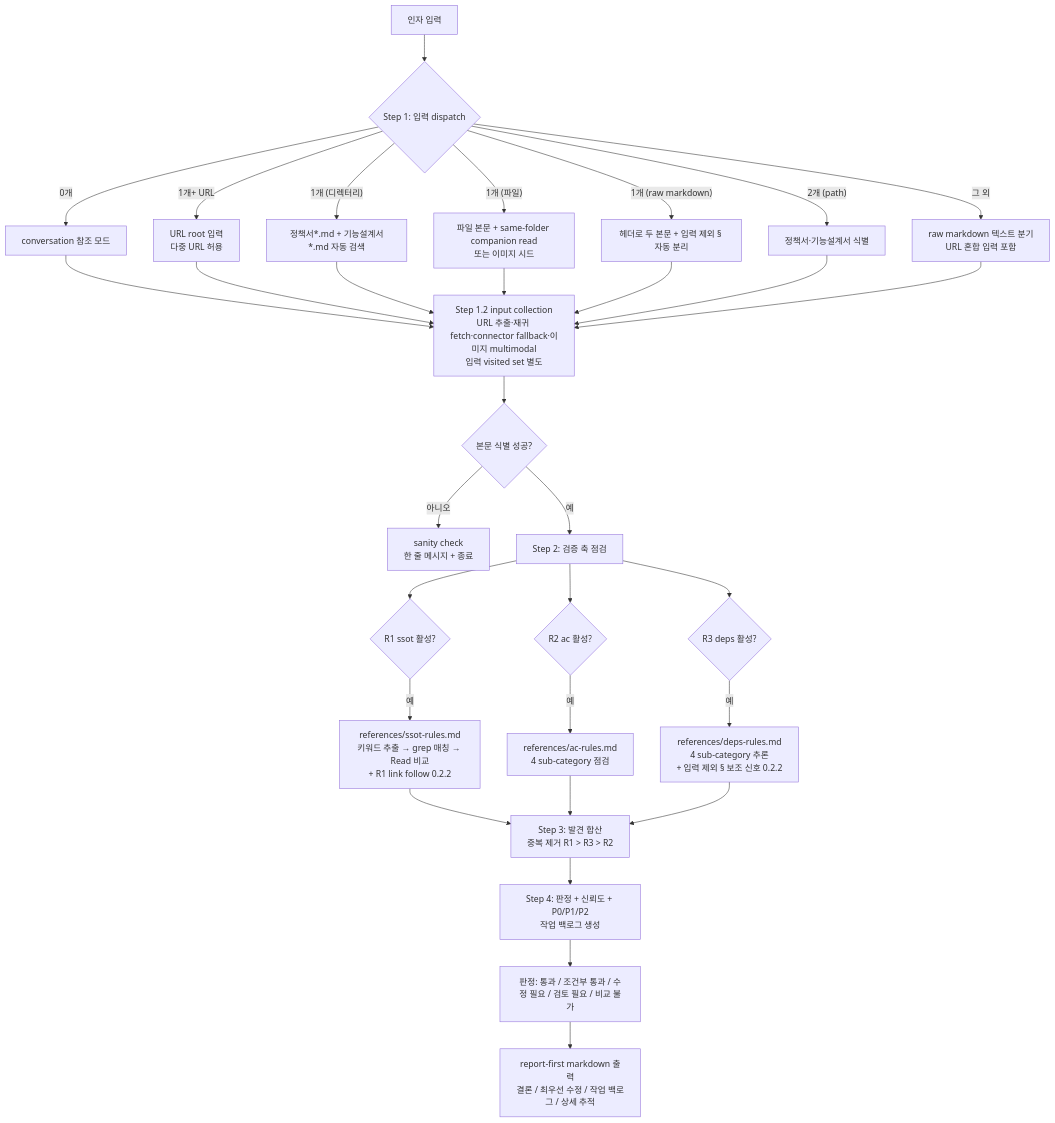
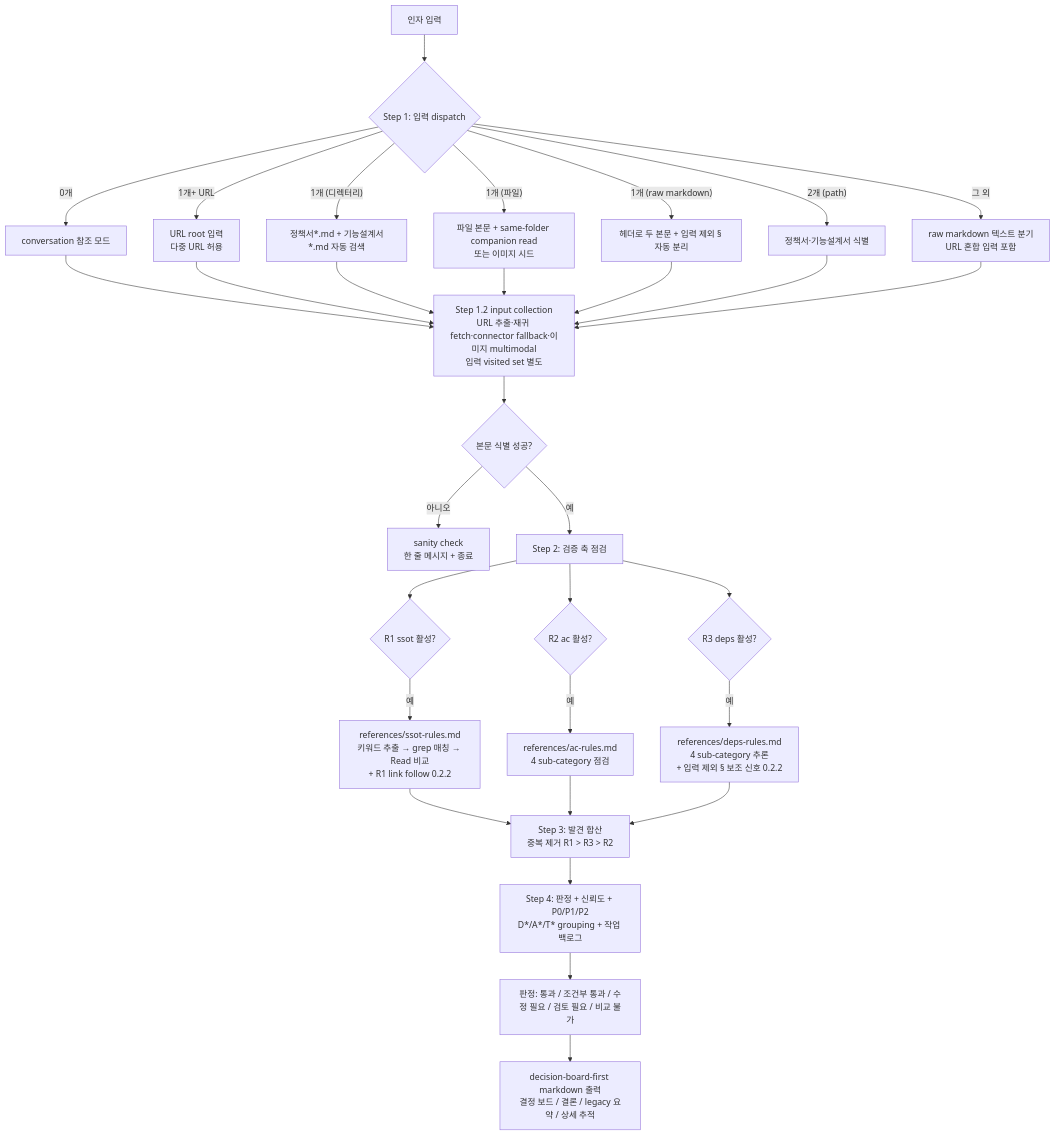
One commit to inkwonjung-colosseum/plugins changed the first of 8 diagrams in planning-kit/docs/planning-review-workflow.md. Above: the diagram before and after it, drawn with Mermaid. The commit also changed other lines of this file and 33 other files, not shown here.

````diff
--- a/planning-kit/docs/planning-review-workflow.md
+++ b/planning-kit/docs/planning-review-workflow.md
@@ -9,39 +9,39 @@
 ```mermaid
 flowchart TD
   A[인자 입력] --> B{Step 1: 입력 dispatch}
   B -->|0개| BC[conversation 참조 모드]
   B -->|"1개+ URL"| BU[URL root 입력<br/>다중 URL 허용]
   B -->|"1개 (디렉터리)"| B1[정책서*.md + 기능설계서*.md 자동 검색]
   B -->|"1개 (파일)"| B2[파일 본문 + same-folder companion read<br/>또는 이미지 시드]
   B -->|"1개 (raw markdown)"| B3[헤더로 두 본문 + 입력 제외 § 자동 분리]
   B -->|"2개 (path)"| B4[정책서·기능설계서 식별]
   B -->|"그 외"| B5[raw markdown 텍스트 분기<br/>URL 혼합 입력 포함]
 
   BC --> IC[Step 1.2 input collection<br/>URL 추출·재귀 fetch·connector fallback·이미지 multimodal<br/>입력 visited set 별도]
   BU --> IC
   B1 --> IC
   B2 --> IC
   B3 --> IC
   B4 --> IC
   B5 --> IC
   IC --> C{본문 식별 성공?}
   C -->|아니오| CX[sanity check<br/>한 줄 메시지 + 종료]
   C -->|예| D[Step 2: 검증 축 점검]
 
   D --> R1{R1 ssot 활성?}
   D --> R2{R2 ac 활성?}
   D --> R3{R3 deps 활성?}
 
   R1 -->|예| RR1[references/ssot-rules.md<br/>키워드 추출 → grep 매칭 → Read 비교<br/>+ R1 link follow 0.2.2]
   R2 -->|예| RR2[references/ac-rules.md<br/>4 sub-category 점검]
   R3 -->|예| RR3[references/deps-rules.md<br/>4 sub-category 추론<br/>+ 입력 제외 § 보조 신호 0.2.2]
 
   RR1 --> M[Step 3: 발견 합산<br/>중복 제거 R1 > R3 > R2]
   RR2 --> M
   RR3 --> M
 
-  M --> N["Step 4: 판정 + 신뢰도 + P0/P1/P2<br/>작업 백로그 생성"]
+  M --> N["Step 4: 판정 + 신뢰도 + P0/P1/P2<br/>D*/A*/T* grouping + 작업 백로그"]
   N --> PASS["판정: 통과 / 조건부 통과 / 수정 필요 / 검토 필요 / 비교 불가"]
 
-  PASS --> OUT["report-first markdown 출력<br/>결론 / 최우선 수정 / 작업 백로그 / 상세 추적"]
+  PASS --> OUT["decision-board-first markdown 출력<br/>결정 보드 / 결론 / legacy 요약 / 상세 추적"]
 ```
````
